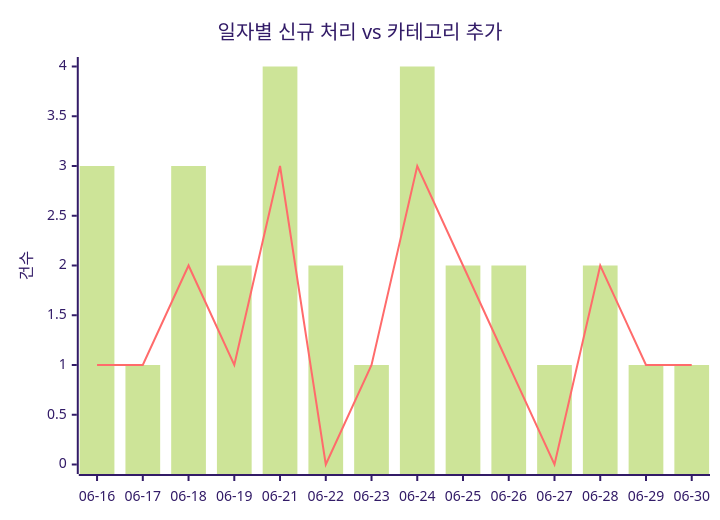
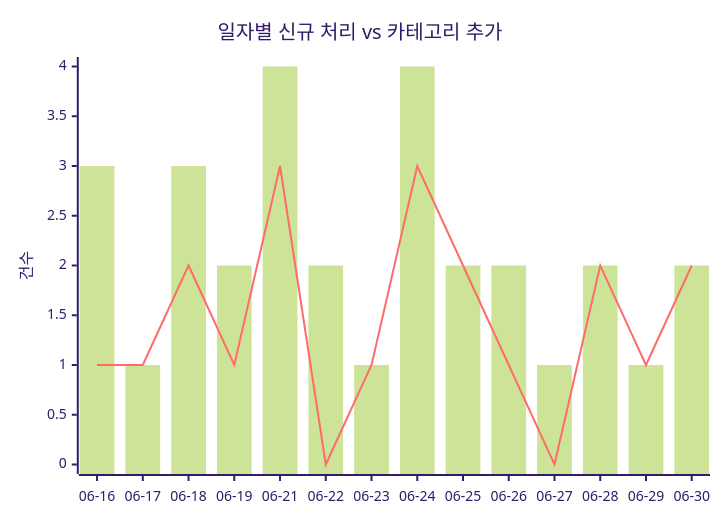
The first of 2 diagrams in docs/trends.md (J-nowcow/awesome-korean-agent-skills), drawn with Mermaid (forest theme) before and after one commit. The commit also changed other lines of this file and 4 other files, not shown here.

````diff
--- a/docs/trends.md
+++ b/docs/trends.md
@@ -32,8 +32,8 @@
 ```mermaid
 xychart-beta
     title "일자별 신규 처리 vs 카테고리 추가"
     x-axis ["06-16","06-17","06-18","06-19","06-21","06-22","06-23","06-24","06-25","06-26","06-27","06-28","06-29","06-30"]
     y-axis "건수"
-    bar [3,1,3,2,4,2,1,4,2,2,1,2,1,1]
-    line [1,1,2,1,3,0,1,3,2,1,0,2,1,1]
+    bar [3,1,3,2,4,2,1,4,2,2,1,2,1,2]
+    line [1,1,2,1,3,0,1,3,2,1,0,2,1,2]
 ```
````
